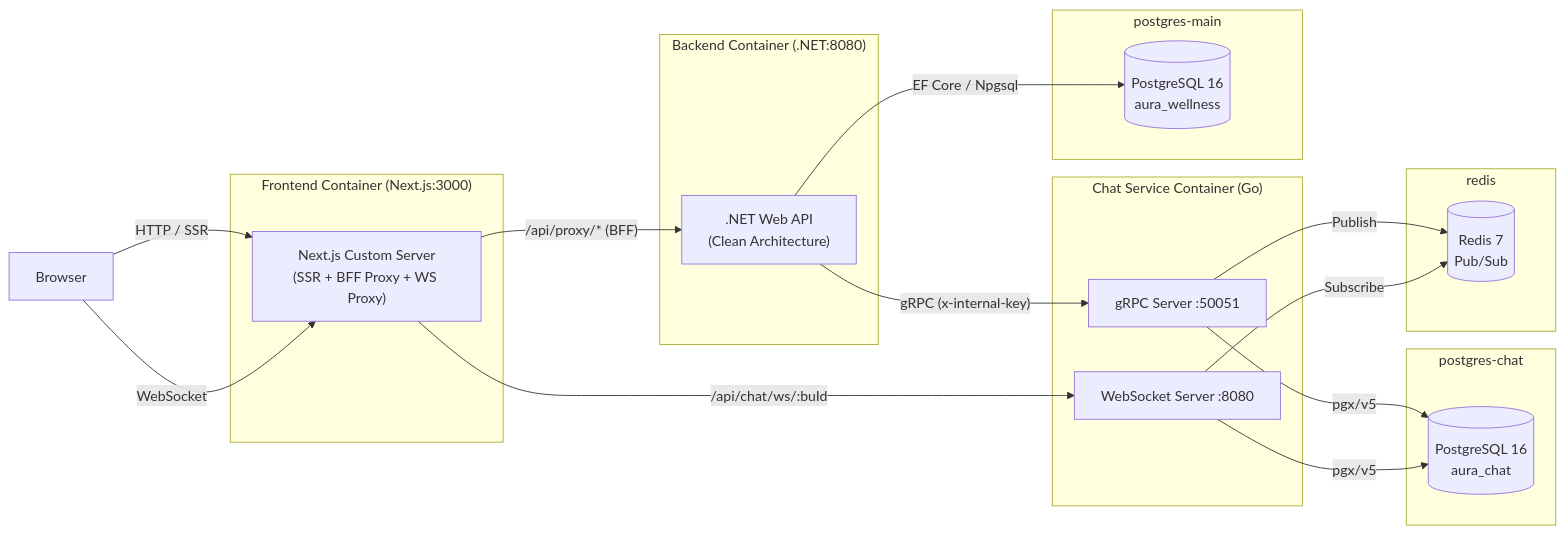
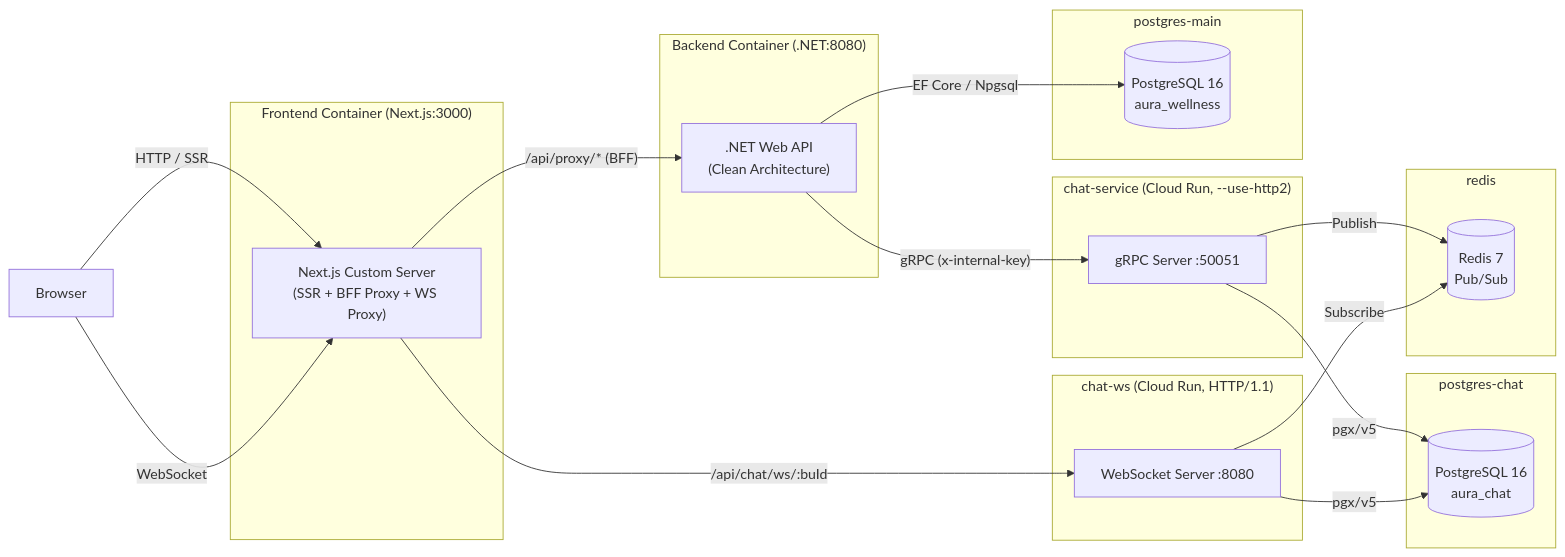
One commit to ZEN-ZAI/Aura-Wellness changed the first of 6 diagrams in docs/system-design.md. Above: the diagram before and after it, drawn with Mermaid. The commit also changed other lines of this file and 1 other file, not shown here.

Commit message:
docs: update README and system design to clarify chat service deployment and port configuration

````diff
--- a/docs/system-design.md
+++ b/docs/system-design.md
@@ -32,40 +32,43 @@
 ```mermaid
 graph LR
     Browser["Browser"]
 
     subgraph frontend ["Frontend Container (Next.js:3000)"]
         FE["Next.js Custom Server\n(SSR + BFF Proxy + WS Proxy)"]
     end
 
     subgraph backend ["Backend Container (.NET:8080)"]
         API[".NET Web API\n(Clean Architecture)"]
     end
 
-    subgraph chat ["Chat Service Container (Go)"]
+    subgraph chat_grpc ["chat-service (Cloud Run, --use-http2)"]
         GRPC["gRPC Server :50051"]
+    end
+
+    subgraph chat_ws ["chat-ws (Cloud Run, HTTP/1.1)"]
         WS["WebSocket Server :8080"]
     end
 
     subgraph db_main ["postgres-main"]
         PG1[("PostgreSQL 16\naura_wellness")]
     end
 
     subgraph db_chat ["postgres-chat"]
         PG2[("PostgreSQL 16\naura_chat")]
     end
 
     subgraph redis_node ["redis"]
         REDIS[("Redis 7\nPub/Sub")]
     end
 
     Browser -->|"HTTP / SSR"| FE
     Browser -->|"WebSocket"| FE
     FE -->|"/api/proxy/* (BFF)"| API
     FE -->|"/api/chat/ws/:buId"| WS
     API -->|"EF Core / Npgsql"| PG1
     API -->|"gRPC (x-internal-key)"| GRPC
     GRPC -->|pgx/v5| PG2
     GRPC -->|"Publish"| REDIS
     WS -->|"Subscribe"| REDIS
     WS -->|pgx/v5| PG2
 ```
````
